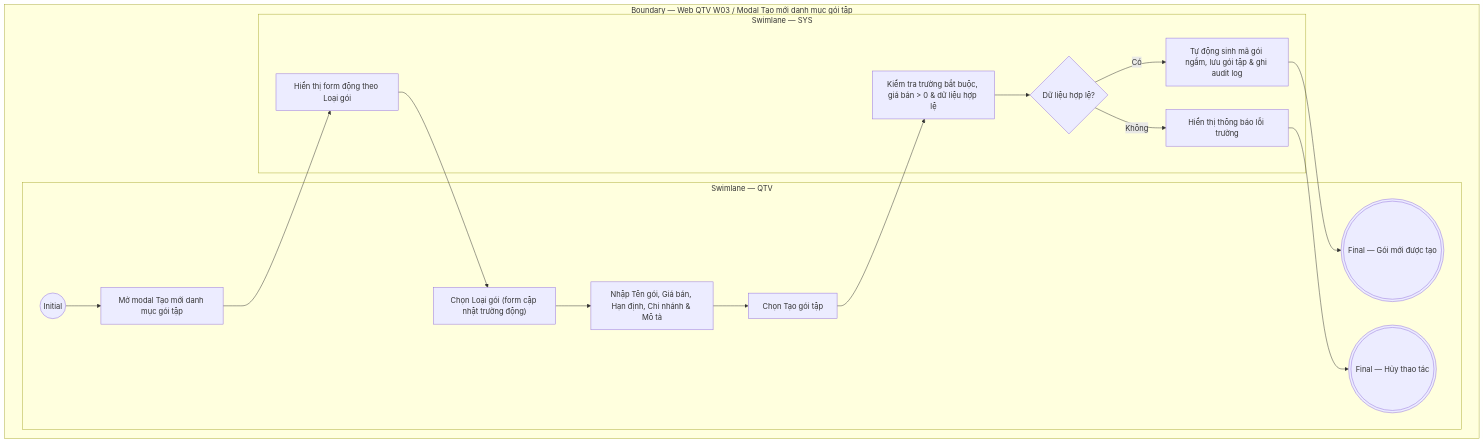
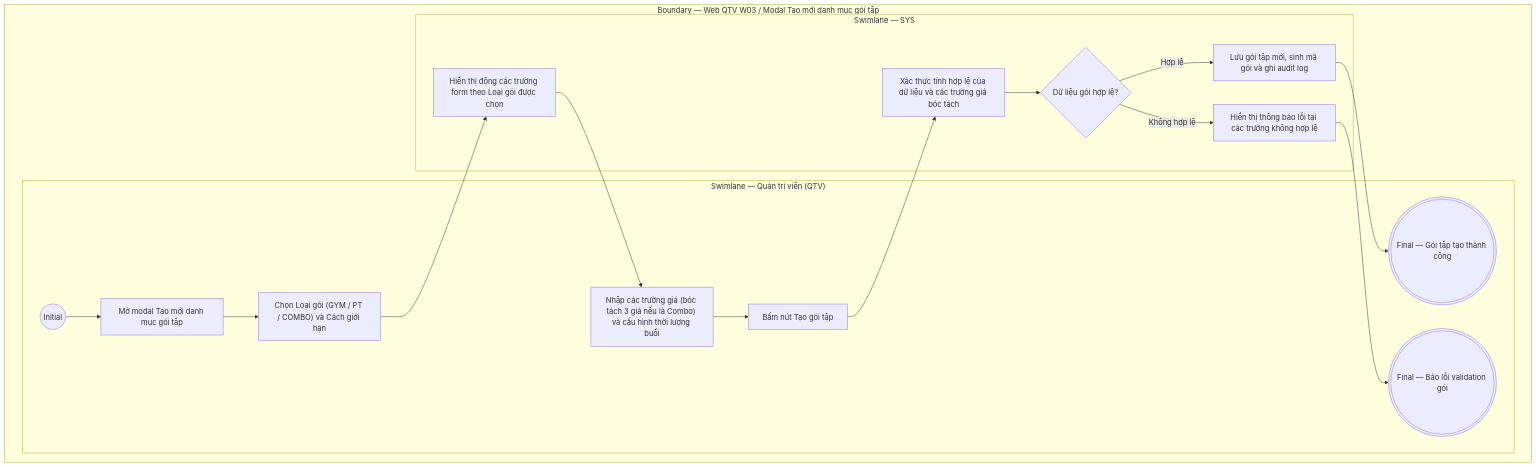
One commit to ThachY-23120411/Paradise-Gym-v2 changed the diagram in docs/user-stories/qtv/QTV-W03-Gói tập/QTV-W03-US02-Thêm gói tập.md. Above: the diagram before and after it, drawn with Mermaid. The commit also changed other lines of this file and 294 other files, not shown here.

````diff
--- a/docs/user-stories/qtv/QTV-W03-Gói tập/QTV-W03-US02-Thêm gói tập.md
+++ b/docs/user-stories/qtv/QTV-W03-Gói tập/QTV-W03-US02-Thêm gói tập.md
@@ -57,28 +58,27 @@
 ```mermaid
 flowchart TB
   subgraph B["Boundary — Web QTV W03 / Modal Tạo mới danh mục gói tập"]
-    subgraph L0["Swimlane — QTV"]
+    subgraph L0["Swimlane — Quản trị viên (QTV)"]
       I01(("Initial"))
       A01["Mở modal Tạo mới danh mục gói tập"]
-      A02["Chọn Loại gói (form cập nhật trường động)"]
-      A03["Nhập Tên gói, Giá bán, Hạn định, Chi nhánh & Mô tả"]
-      A04["Chọn Tạo gói tập"]
-      F01((("Final — Gói mới được tạo")))
-      F02((("Final — Hủy thao tác")))
+      A02["Chọn Loại gói (GYM / PT / COMBO) và Cách giới hạn"]
+      A03["Nhập các trường giá (bóc tách 3 giá nếu là Combo) và cấu hình thời lượng buổi"]
+      A04["Bấm nút Tạo gói tập"]
+      F01((("Final — Gói tập tạo thành công")))
+      F02((("Final — Báo lỗi validation gói")))
+    end
+
+    subgraph L1["Swimlane — SYS"]
+      S01["Hiển thị động các trường form theo Loại gói được chọn"]
+      S02["Xác thực tính hợp lệ của dữ liệu và các trường giá bóc tách"]
+      D01{"Dữ liệu gói hợp lệ?"}
+      S03["Lưu gói tập mới, sinh mã gói và ghi audit log"]
+      S04["Hiển thị thông báo lỗi tại các trường không hợp lệ"]
+
       I01 --> A01
-      A02 --> A03 --> A04
-    end
-    subgraph L1["Swimlane — SYS"]
-      S01["Hiển thị form động theo Loại gói"]
-      S02["Kiểm tra trường bắt buộc, giá bán > 0 & dữ liệu hợp lệ"]
-      D01{"Dữ liệu hợp lệ?"}
-      S03["Tự động sinh mã gói ngầm, lưu gói tập & ghi audit log"]
-      S04["Hiển thị thông báo lỗi trường"]
-      A01 --> S01
-      A04 --> S02 --> D01
-      D01 -->|Có| S03 --> F01
-      D01 -->|Không| S04 --> F02
-      S01 --> A02
+      A01 --> A02 --> S01 --> A03 --> A04 --> S02 --> D01
+      D01 -->|Hợp lệ| S03 --> F01
+      D01 -->|Không hợp lệ| S04 --> F02
     end
   end
 ```
````
